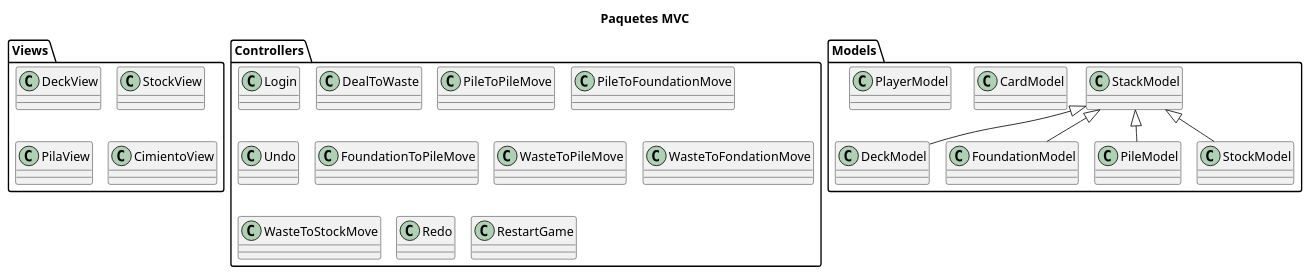
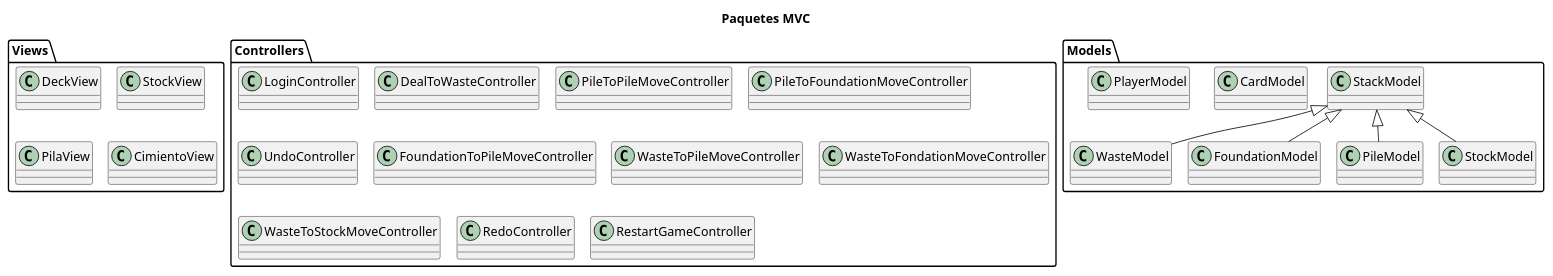
The diagram in 3 Diagramas de Analisis/arquitectura_paquetes_mvc.plantuml (AngelOS95P/Maestria_IngSoftware_grupo6), drawn with PlantUML before and after one commit. The commit also changed 2 other files, not shown here.

Commit message:
Pablo. CU contexto WastePileMove y Upd arquitecturapaqutes_mvc

```diff
--- a/3 Diagramas de Analisis/arquitectura_paquetes_mvc.plantuml
+++ b/3 Diagramas de Analisis/arquitectura_paquetes_mvc.plantuml
@@ -1,41 +1,41 @@
 @startuml ArquitecturaMVC
 !pragma layout smetana
 title Paquetes MVC
 top to bottom direction
 ' left to right direction
 
 package Views {
     class DeckView
     class StockView
     class PilaView
     class CimientoView
 }
 
 package Controllers {
-    class Login
-    class DealToWaste
-    class PileToPileMove
-    class PileToFoundationMove
-    class Undo
-    class FoundationToPileMove
-    class WasteToPileMove
-    class WasteToFondationMove
-    class WasteToStockMove
-    class Redo
-    class RestartGame
+    class LoginController
+    class DealToWasteController
+    class PileToPileMoveController
+    class PileToFoundationMoveController
+    class UndoController
+    class FoundationToPileMoveController
+    class WasteToPileMoveController
+    class WasteToFondationMoveController
+    class WasteToStockMoveController
+    class RedoController
+    class RestartGameController
 } 
 package Models {
     class StackModel
     class CardModel
     class PlayerModel
-    class DeckModel
+    class WasteModel
     class FoundationModel
     class PileModel
     class StockModel
-    StackModel <|-down- DeckModel
+    StackModel <|-down- WasteModel
     StackModel <|-down- FoundationModel
     StackModel <|-down- PileModel
     StackModel <|-down- StockModel
 }
 
 @enduml 
```
